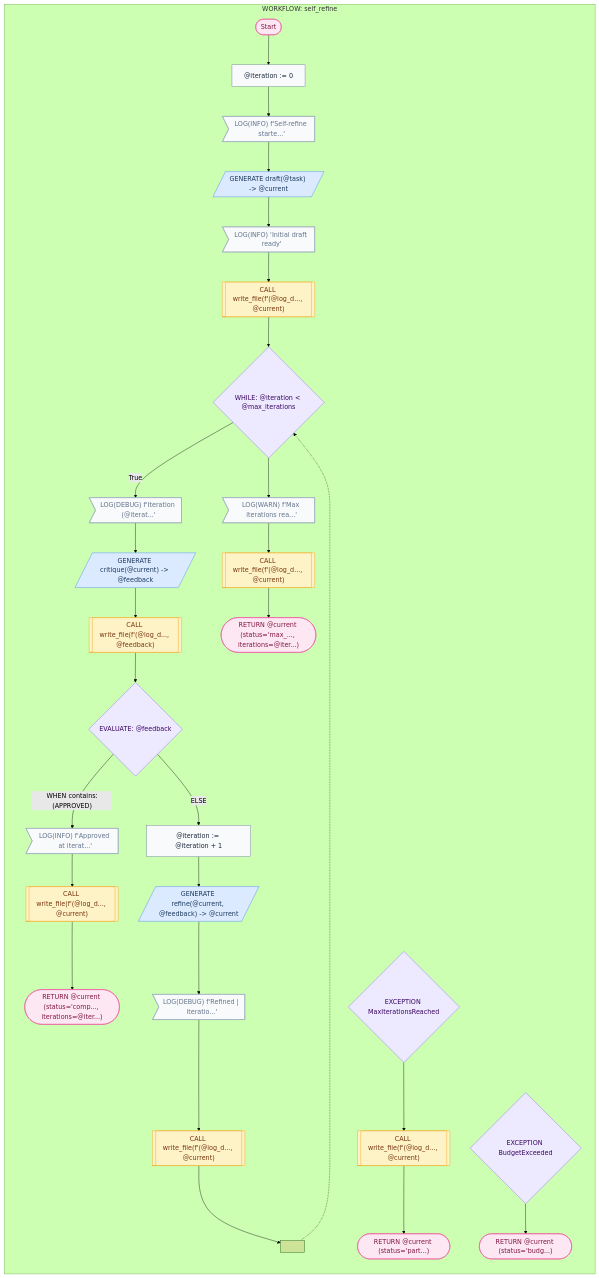
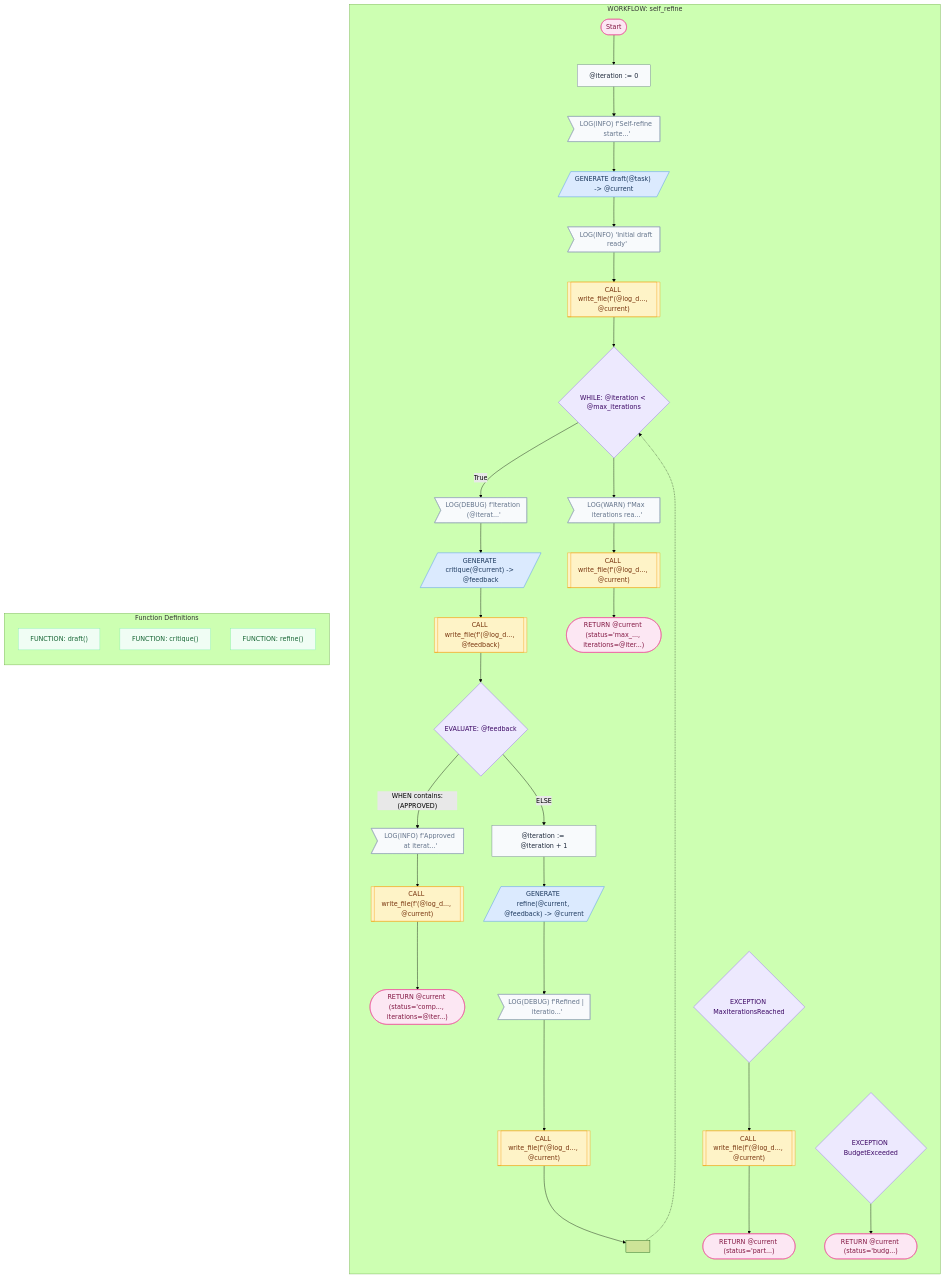
The diagram in cookbook/05_self_refine/mermaid/self_refine.md (digital-duck/SPL.py), drawn with Mermaid (forest theme) before and after one commit. The commit also changed 334 other files, not shown here.

```diff
--- a/cookbook/05_self_refine/mermaid/self_refine.md
+++ b/cookbook/05_self_refine/mermaid/self_refine.md
@@ -61,6 +61,12 @@
     RET27(["RETURN @current (status='budg...)"])
     EXC26 --> RET27
     end
+    subgraph FUNCTIONS["Function Definitions"]
+    direction TB
+    FN28["FUNCTION: draft()"]
+    FN29["FUNCTION: critique()"]
+    FN30["FUNCTION: refine()"]
+    end
     class START1 term
     class A2 assign
     class LOG3 log
@@ -87,6 +93,9 @@
     class RET25 term
     class EXC26 ctrl
     class RET27 term
+    class FN28 fn
+    class FN29 fn
+    class FN30 fn
     classDef llm fill:#dbeafe,stroke:#3b82f6,color:#1e3a5f
     classDef proc fill:#fef3c7,stroke:#f59e0b,color:#78350f
     classDef ctrl fill:#ede9fe,stroke:#8b5cf6,color:#3b0764
```
